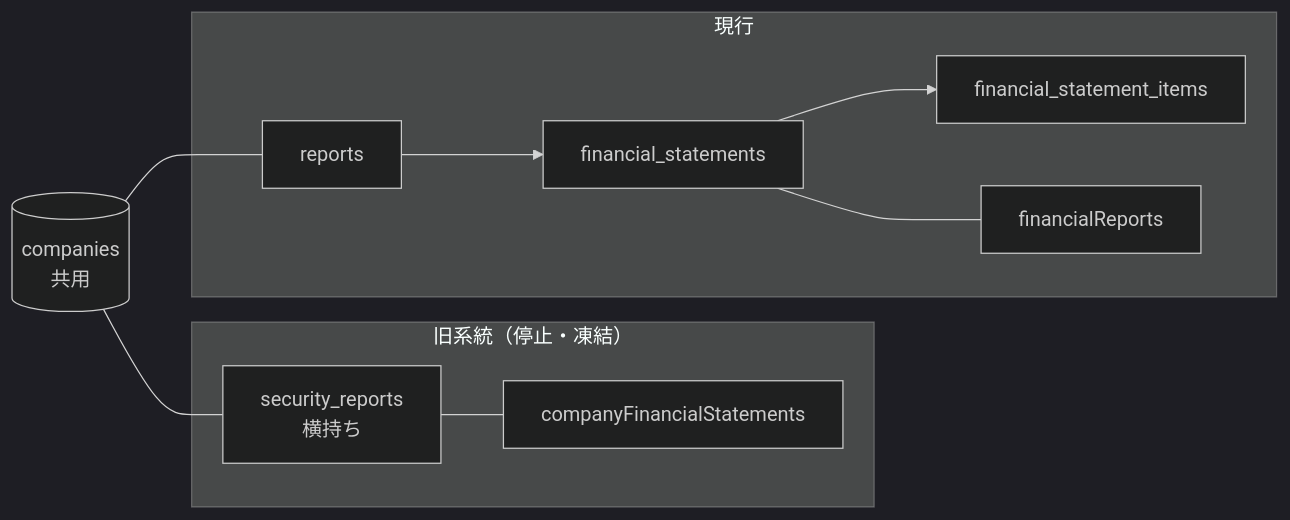
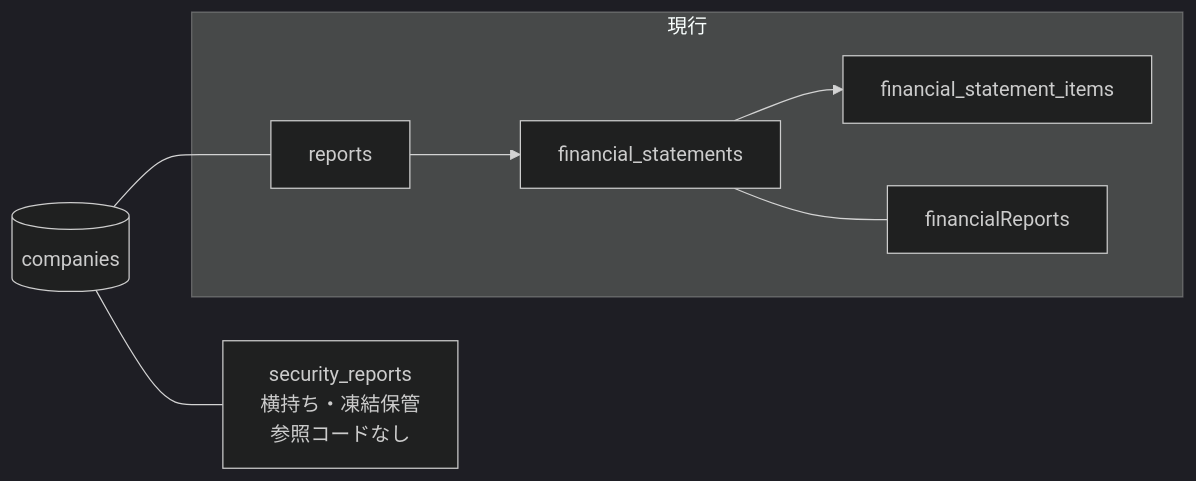
Before and after one commit to shin4488/financial-statement: the second of 2 diagrams in docs/architecture/01_data_model.md, drawn with Mermaid (dark theme). The commit also changed other lines of this file and 6 other files, not shown here.

````diff
--- a/docs/architecture/01_data_model.md
+++ b/docs/architecture/01_data_model.md
@@ -120,12 +120,10 @@
 ```mermaid
 flowchart LR
-    subgraph 旧系統["旧系統（停止・凍結）"]
-        SR[security_reports<br>横持ち] --- OldQ[companyFinancialStatements]
-    end
+    SR[security_reports<br>横持ち・凍結保管<br>参照コードなし]
     subgraph 現行
         R[reports] --> FS[financial_statements] --> FSI[financial_statement_items]
         FS --- NewQ[financialReports]
     end
-    C[(companies<br>共用)] --- SR
+    C[(companies)] --- SR
     C --- R
 ```
````
